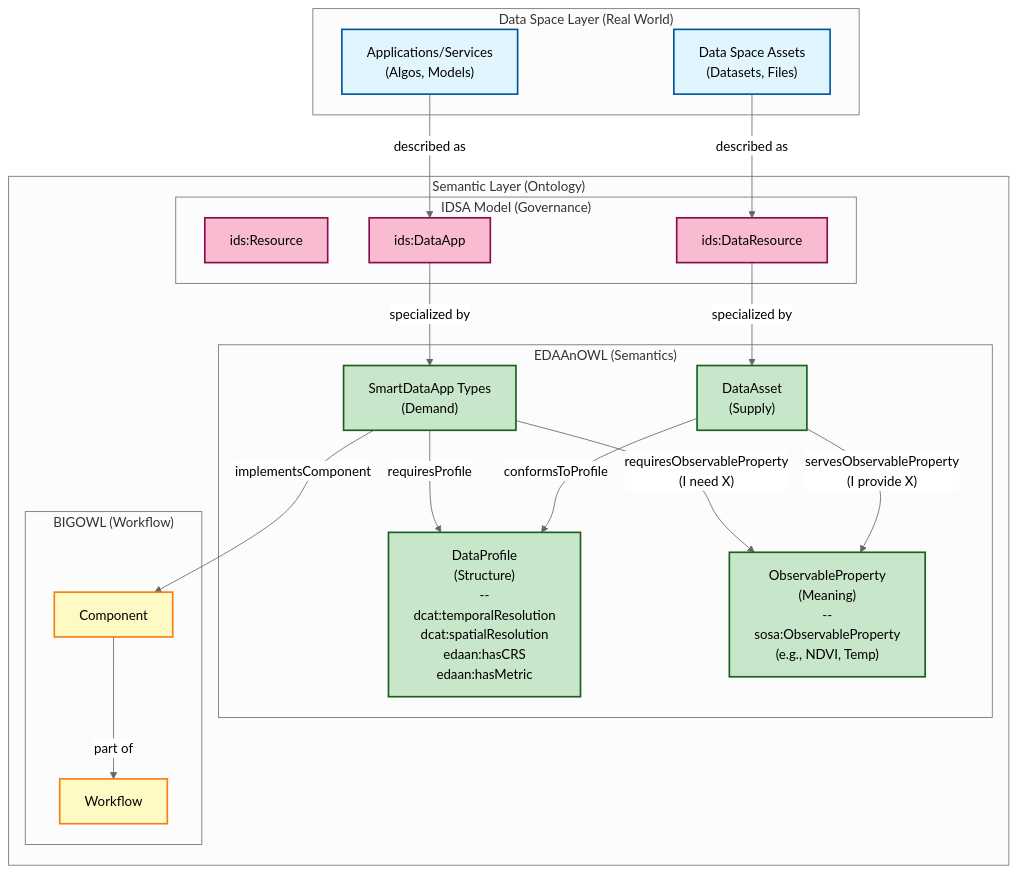
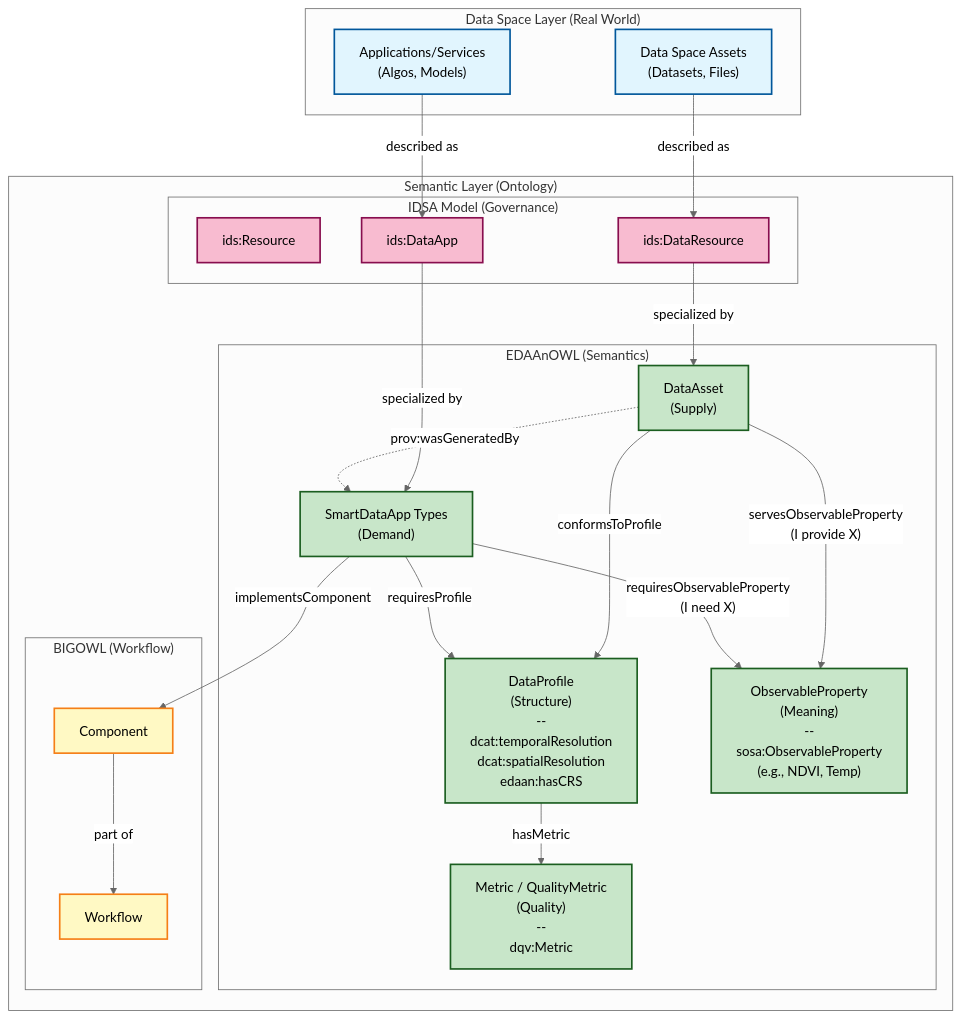
The diagram in ARCHITECTURE.md (KhaosResearch/EDAAnOWL), drawn with Mermaid (neutral theme) before and after one commit. The commit also changed other lines of this file, not shown here.

Commit message:
feat: Enhance architecture with explicit data quality metrics and provenance links between data assets and smart data apps.

````diff
--- a/ARCHITECTURE.md
+++ b/ARCHITECTURE.md
@@ -3,53 +3,57 @@
 ```mermaid
 graph TB
     subgraph DataSpace ["Data Space Layer (Real World)"]
         DS["Data Space Assets<br/>(Datasets, Files)"]
         AP["Applications/Services<br/>(Algos, Models)"]
     end
 
     subgraph Semantic ["Semantic Layer (Ontology)"]
         subgraph IDSA ["IDSA Model (Governance)"]
             IR["ids:Resource"]
             IDR["ids:DataResource"]
             IDA["ids:DataApp"]
         end
 
         subgraph EDAAnOWL ["EDAAnOWL (Semantics)"]
             DA["DataAsset<br/>(Supply)"]
             Apps["SmartDataApp Types<br/>(Demand)"]
-            Prof["DataProfile<br/>(Structure)<br/>--<br/>dcat:temporalResolution<br/>dcat:spatialResolution<br/>edaan:hasCRS<br/>edaan:hasMetric"]
+            Prof["DataProfile<br/>(Structure)<br/>--<br/>dcat:temporalResolution<br/>dcat:spatialResolution<br/>edaan:hasCRS"]
             OP["ObservableProperty<br/>(Meaning)<br/>--<br/>sosa:ObservableProperty<br/>(e.g., NDVI, Temp)"]
+            Met["Metric / QualityMetric<br/>(Quality)<br/>--<br/>dqv:Metric"]
         end
 
         subgraph BIGOWL ["BIGOWL (Workflow)"]
             WF["Workflow"]
             Comp["Component"]
         end
     end
 
     %% Relationships
     DS -->|"described as"| IDR
     AP -->|"described as"| IDA
     IDR -->|"specialized by"| DA
     IDA -->|"specialized by"| Apps
     
     DA -- "servesObservableProperty<br/>(I provide X)" --> OP
     Apps -- "requiresObservableProperty<br/>(I need X)" --> OP
     
     DA -- "conformsToProfile" --> Prof
     Apps -- "requiresProfile" --> Prof
 
+    Prof -- "hasMetric" --> Met
+    DA -.->|"prov:wasGeneratedBy"| Apps
+
     Apps -- "implementsComponent" --> Comp
     Comp -->|"part of"| WF
 
     %% Styling
     classDef space fill:#e1f5fe,stroke:#01579b,stroke-width:2px
     classDef idsa fill:#f8bbd0,stroke:#880e4f,stroke-width:2px
     classDef edaan fill:#c8e6c9,stroke:#1b5e20,stroke-width:2px
     classDef bigowl fill:#fff9c4,stroke:#f57f17,stroke-width:2px
 
     class DS,AP space
     class IR,IDR,IDA idsa
-    class DA,Apps,Prof,OP edaan
+    class DA,Apps,Prof,OP,Met edaan
     class WF,Comp bigowl
 ```
````
